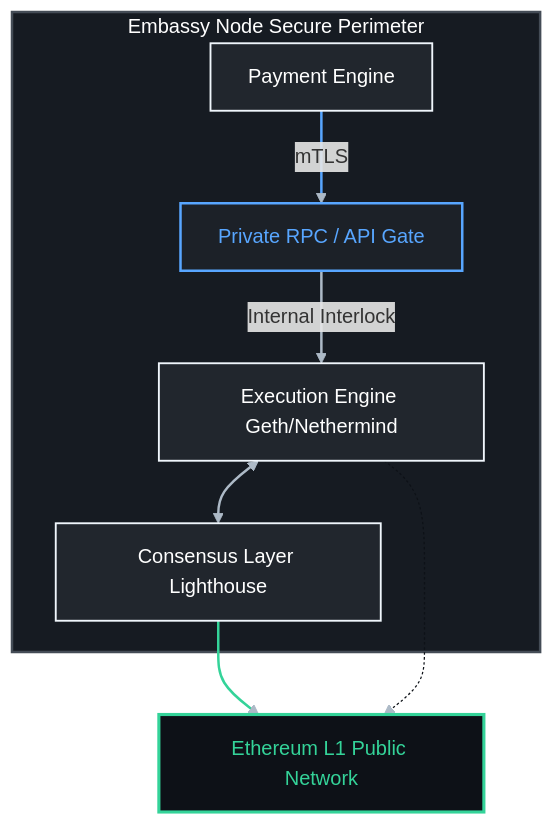
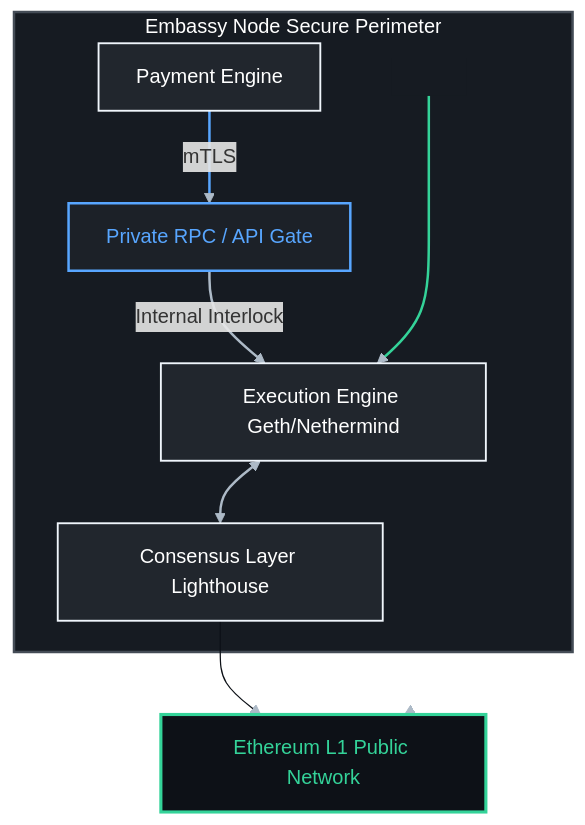
Before and after one commit to fxsecltd/demi-sro: the diagram in draft-shubralov-demi-sro-payment-security.md, drawn with Mermaid.

````diff
--- a/draft-shubralov-demi-sro-payment-security.md
+++ b/draft-shubralov-demi-sro-payment-security.md
@@ -392,26 +392,33 @@
 ```mermaid
 graph TD
     subgraph Perimeter [Embassy Node Secure Perimeter]
         PE[Payment Engine] -- mTLS --> RPC[Private RPC / API Gate]
         RPC -->|Internal Interlock| EE[Execution Engine Geth/Nethermind]
         EE <--> CL[Consensus Layer Lighthouse]
+        
+        %% Инженерный хак: Узел-распорка для принудительного расширения высоты подложки
+        SPACER[ ] ---> EE
     end
     
-    %% Align the bottom block strictly in the center
+    %% Центрирование нижнего блока
     CL --> ETH[Ethereum L1 Public Network]
     EE -.-> ETH
 
     %% Стилизация высококонтрастных цветов (GitHub Dark High Contrast)
     style Perimeter fill:#161b22,stroke:#444c56,stroke-width:2px,color:#ffffff
     style PE fill:#21262d,stroke:#f0f6fc,stroke-width:1.5px,color:#ffffff
     style RPC fill:#1c2128,stroke:#58a6ff,stroke-width:2px,color:#58a6ff
     style EE fill:#21262d,stroke:#f0f6fc,stroke-width:1.5px,color:#ffffff
     style CL fill:#21262d,stroke:#f0f6fc,stroke-width:1.5px,color:#ffffff
     style ETH fill:#0d1117,stroke:#34d399,stroke-width:2.5px,color:#34d399
 
-    %% Кастомизация стрелок и текста связей для максимальной видимости
+    %% Полная маскировка узла-распорки и его связей под цвет фона
+    style SPACER fill:#161b22,stroke:#161b22,stroke-width:0px,color:#161b22
+
+    %% Кастомизация стрелок для максимальной видимости и маскировки
     linkStyle default stroke:#adbac7,stroke-width:2px;
     linkStyle 0 stroke:#58a6ff,stroke-width:2px;
     linkStyle 3 stroke:#34d399,stroke-width:2px;
     linkStyle 4 stroke:#0d1117,stroke-width:1px;
+    linkStyle 5 stroke:#161b22,stroke-width:0px;
 ```
````
